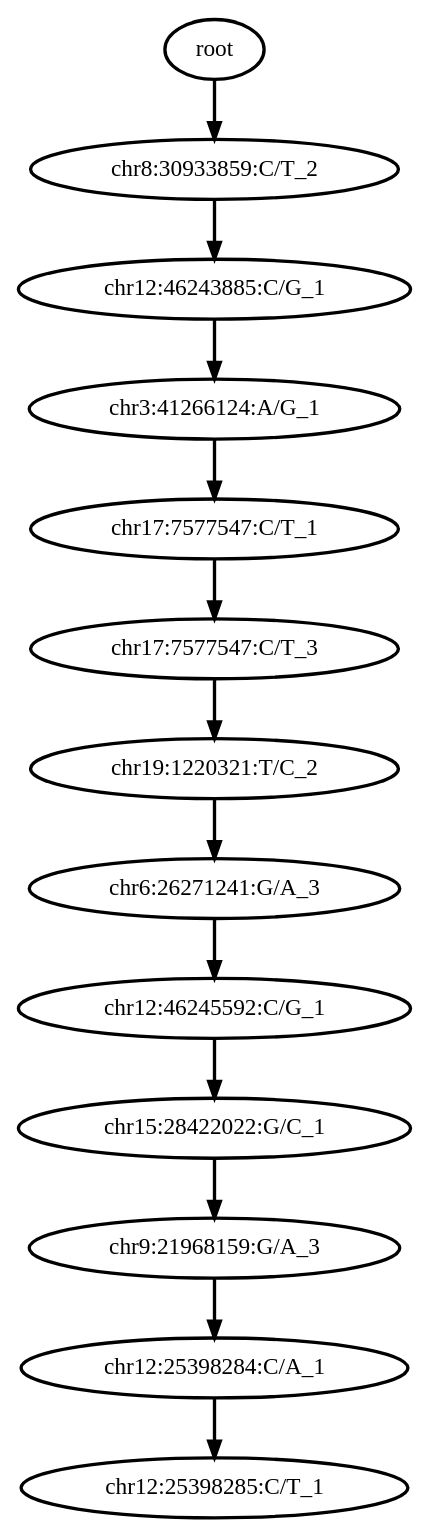
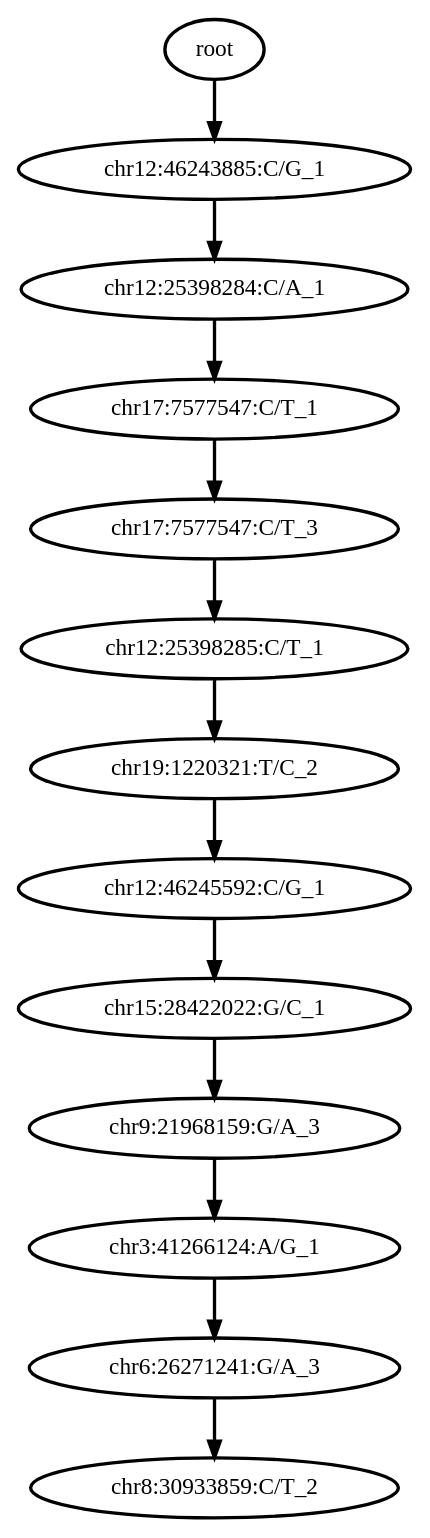
One commit to haochenz96/Tapestri_main_manuscript_analysis changed the diagram in 0_condor_pipeline/condor_outputs/RA16_29/out_tree_without_cells.dot. Above: the diagram before and after it, drawn with Graphviz. The commit also changed 1647 other files, not shown here.

```diff
--- a/0_condor_pipeline/condor_outputs/RA16_29/out_tree_without_cells.dot
+++ b/0_condor_pipeline/condor_outputs/RA16_29/out_tree_without_cells.dot
@@ -1,29 +1,29 @@
 digraph N {
 	overlap="false"
 	rankdir="TB"
 	0 [label="root", style="bold"];
-	1 [label="chr8:30933859:C/T_2", style="bold"];
-	2 [label="chr12:46243885:C/G_1", style="bold"];
-	3 [label="chr3:41266124:A/G_1", style="bold"];
-	4 [label="chr17:7577547:C/T_1", style="bold"];
-	5 [label="chr17:7577547:C/T_3", style="bold"];
+	1 [label="chr12:46243885:C/G_1", style="bold"];
+	2 [label="chr12:25398284:C/A_1", style="bold"];
+	3 [label="chr17:7577547:C/T_1", style="bold"];
+	4 [label="chr17:7577547:C/T_3", style="bold"];
+	5 [label="chr12:25398285:C/T_1", style="bold"];
 	6 [label="chr19:1220321:T/C_2", style="bold"];
-	7 [label="chr6:26271241:G/A_3", style="bold"];
-	8 [label="chr12:46245592:C/G_1", style="bold"];
-	9 [label="chr15:28422022:G/C_1", style="bold"];
-	10 [label="chr9:21968159:G/A_3", style="bold"];
-	11 [label="chr12:25398284:C/A_1", style="bold"];
-	12 [label="chr12:25398285:C/T_1", style="bold"];
+	7 [label="chr12:46245592:C/G_1", style="bold"];
+	8 [label="chr15:28422022:G/C_1", style="bold"];
+	9 [label="chr9:21968159:G/A_3", style="bold"];
+	10 [label="chr3:41266124:A/G_1", style="bold"];
+	11 [label="chr6:26271241:G/A_3", style="bold"];
+	12 [label="chr8:30933859:C/T_2", style="bold"];
 	0 -> 1 [style="bold"];
 	1 -> 2 [style="bold"];
 	2 -> 3 [style="bold"];
 	3 -> 4 [style="bold"];
 	4 -> 5 [style="bold"];
 	5 -> 6 [style="bold"];
 	6 -> 7 [style="bold"];
 	7 -> 8 [style="bold"];
 	8 -> 9 [style="bold"];
 	9 -> 10 [style="bold"];
 	10 -> 11 [style="bold"];
 	11 -> 12 [style="bold"];
 }
```
